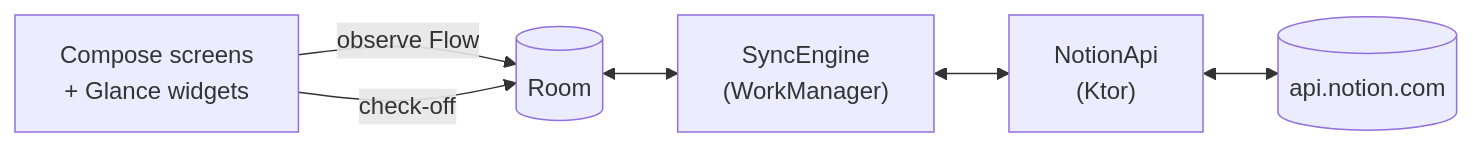
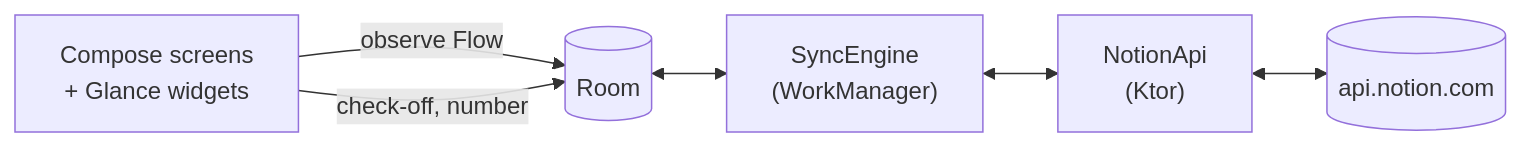
Before and after one commit to CristianPrincipi/Steady-Habit-Tracker: the diagram in README.md, drawn with Mermaid. The commit also changed other lines of this file and 1 other file, not shown here.

````diff
--- a/README.md
+++ b/README.md
@@ -72,8 +73,8 @@
 ```mermaid
 flowchart LR
     UI["Compose screens<br/>+ Glance widgets"] -- observe Flow --> Room[(Room)]
-    UI -- check-off --> Room
+    UI -- "check-off, number" --> Room
     Room <--> Engine["SyncEngine<br/>(WorkManager)"]
     Engine <--> Api["NotionApi<br/>(Ktor)"]
     Api <--> Notion[("api.notion.com")]
 ```
````
